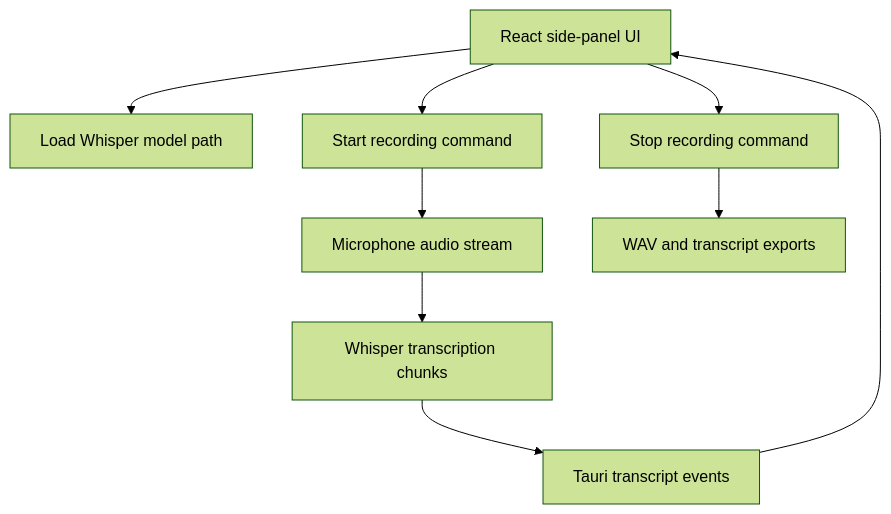
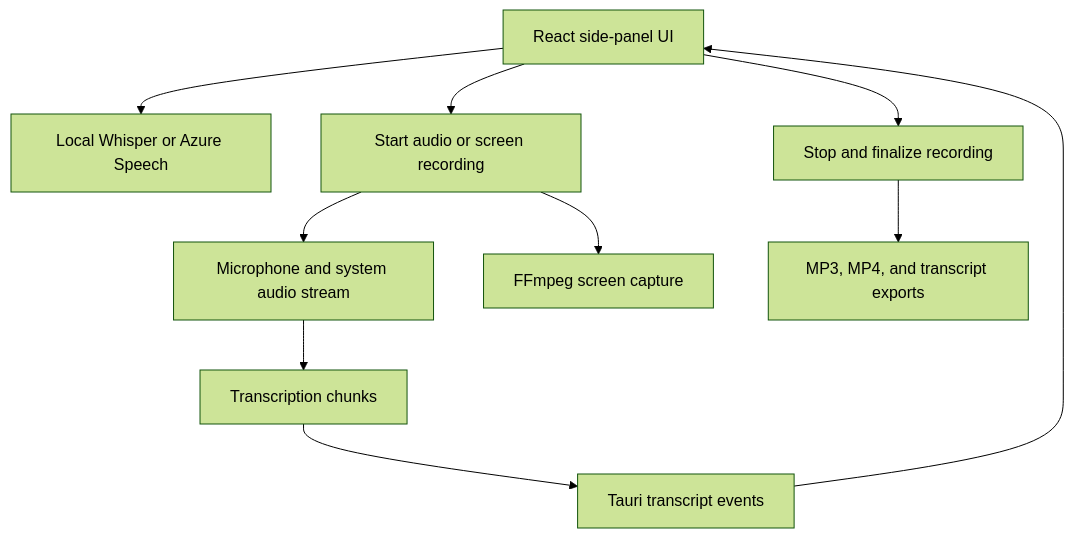
The second of 2 diagrams in Architecture.md (kimtth/craft-meetily-lite), drawn with Mermaid (forest theme) before and after one commit. The commit also changed other lines of this file and 20 other files, not shown here.

````diff
--- a/Architecture.md
+++ b/Architecture.md
@@ -327,20 +305,22 @@
 ```mermaid
 flowchart TD
 	UI[React side-panel UI]
-	Model[Load Whisper model path]
-	Record[Start recording command]
-	Audio[Microphone audio stream]
-	STT[Whisper transcription chunks]
+	Engine[Local Whisper or Azure Speech]
+	Record[Start audio or screen recording]
+	Audio[Microphone and system audio stream]
+	STT[Transcription chunks]
+	Screen[FFmpeg screen capture]
 	Events[Tauri transcript events]
-	Stop[Stop recording command]
-	Files[WAV and transcript exports]
+	Stop[Stop and finalize recording]
+	Files[MP3, MP4, and transcript exports]
 
-	UI --> Model
+	UI --> Engine
 	UI --> Record
 	Record --> Audio
 	Audio --> STT
+	Record --> Screen
 	STT --> Events
 	Events --> UI
 	UI --> Stop
 	Stop --> Files
 ```
````
